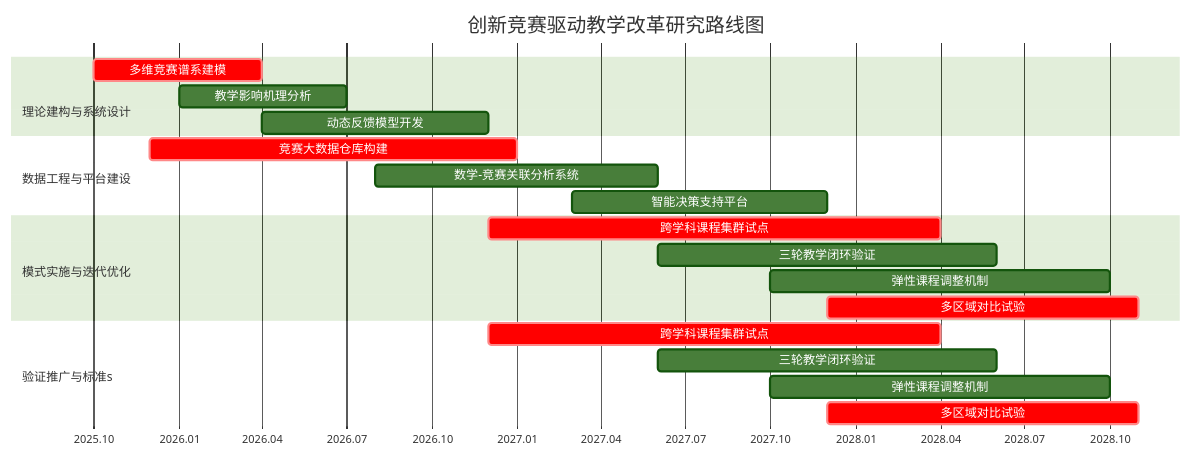
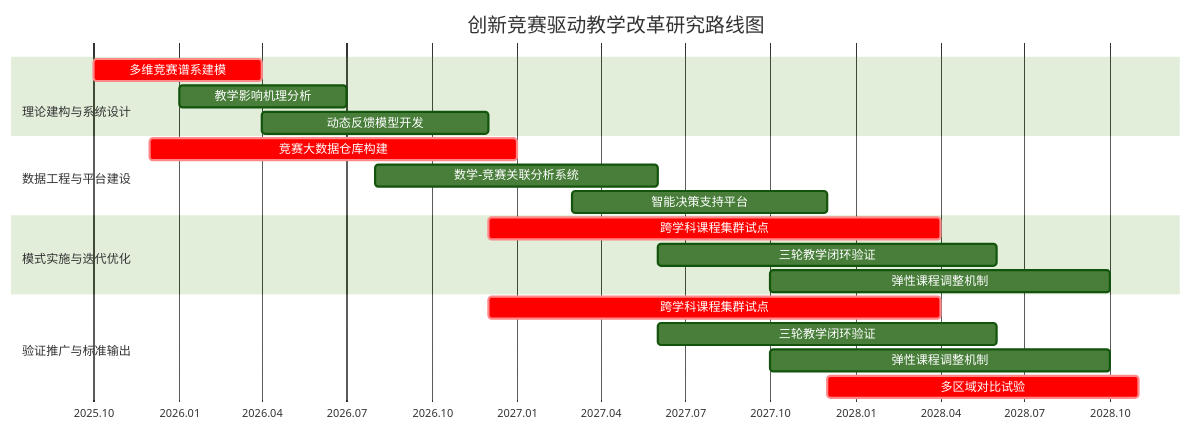
One commit to MC2001323/iodraw-files changed the diagram in all/代码甘特图.md. Above: the diagram before and after it, drawn with Mermaid (forest theme).

Commit message:
2025-04-08 21:18:29 update

````diff
--- a/all/代码甘特图.md
+++ b/all/代码甘特图.md
@@ -1,29 +1,29 @@
 ```mermaid
 gantt
     title 创新竞赛驱动教学改革研究路线图
     dateFormat  YYYY-MM
     axisFormat  %Y.%m
 
     section <br>理论建构与系统设计
     多维竞赛谱系建模        :crit, a1, 2025-10, 2026-04
     教学影响机理分析        :a2, 2026-01, 2026-07
     动态反馈模型开发        :a3, 2026-04, 2026-12
 
     section 数据工程与平台建设
     竞赛大数据仓库构建      :crit, b1, 2025-12, 2027-01
     数学-竞赛关联分析系统   :b2, 2026-08, 2027-06
     智能决策支持平台        :b3, 2027-03, 2027-12
 
     section 模式实施与迭代优化
     跨学科课程集群试点     :crit, c1, 2026-12, 2028-04
     三轮教学闭环验证       :c2, 2027-06, 2028-06
     弹性课程调整机制       :c3, 2027-10, 2028-10
-    多区域对比试验         :crit, c4, 2027-12, 2028-11
+    
 
-    section 验证推广与标准s
+    section 验证推广与标准输出
     跨学科课程集群试点     :crit, c1, 2026-12, 2028-04
     三轮教学闭环验证       :c2, 2027-06, 2028-06
     弹性课程调整机制       :c3, 2027-10, 2028-10
     多区域对比试验         :crit, c4, 2027-12, 2028-11
 
 ```
````
